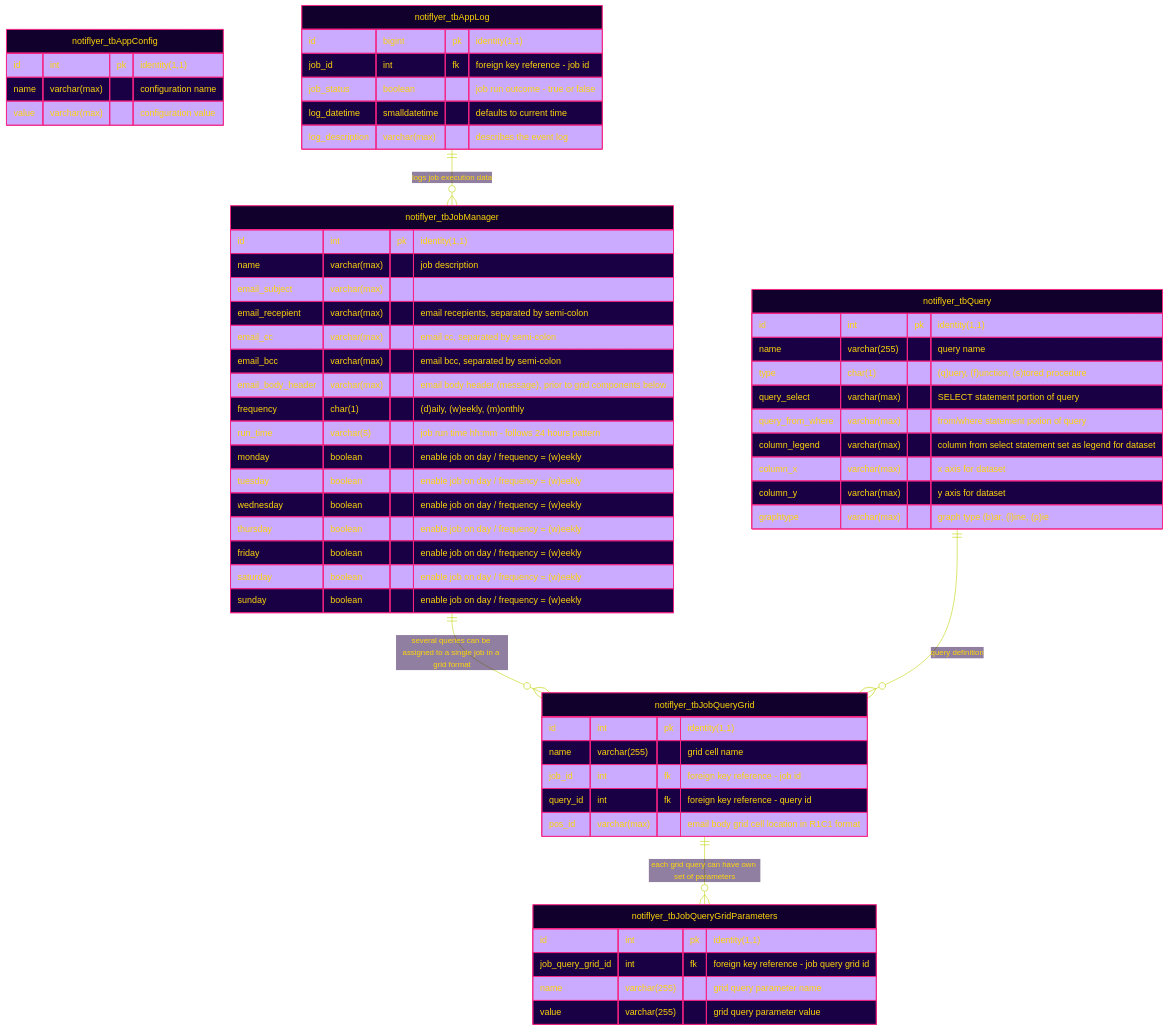
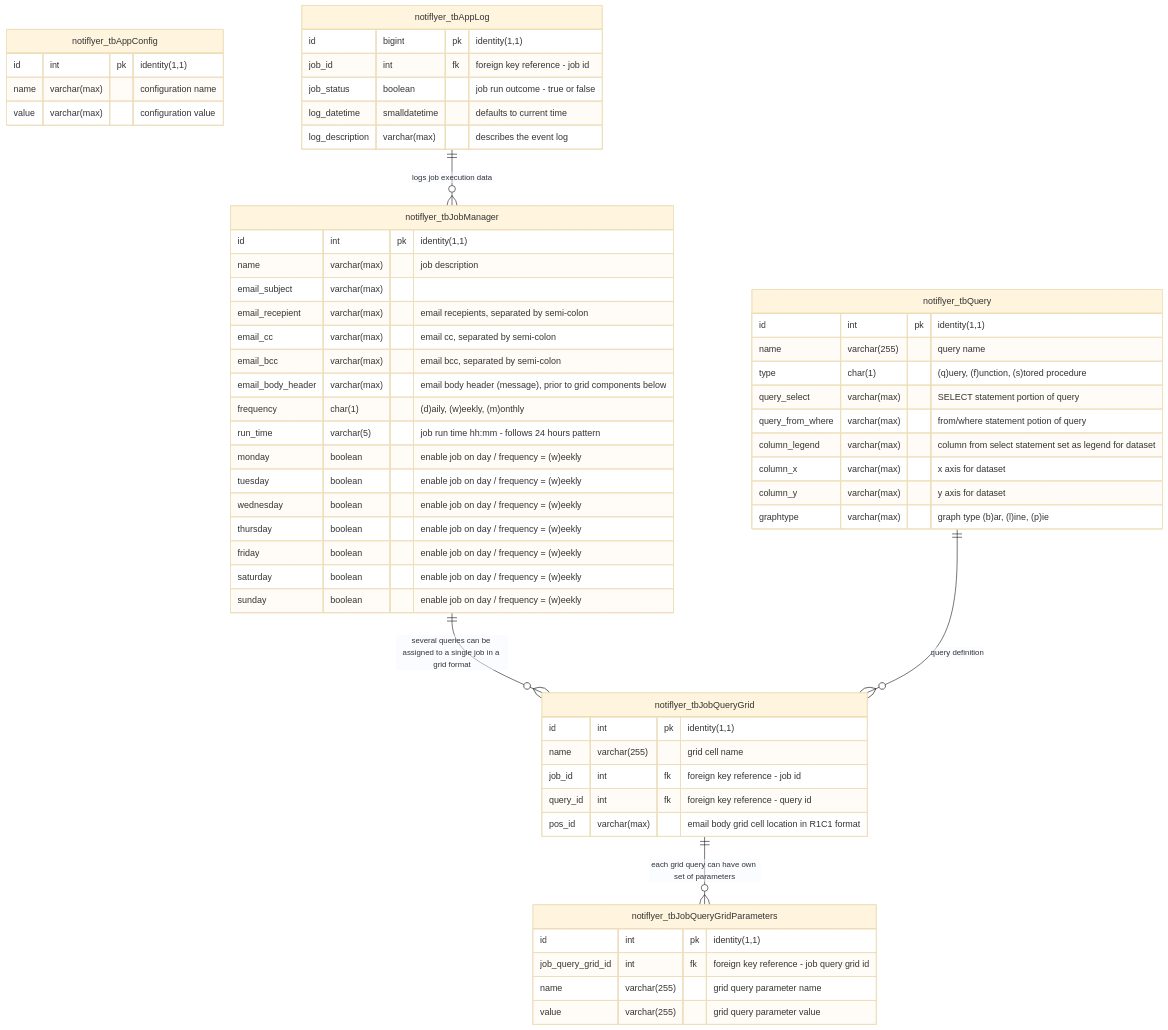
The diagram in docs/mssql/README.md (cleancoda/notiflyer), drawn with Mermaid before and after one commit. The commit also changed other lines of this file, not shown here.

Commit message:
updated er diagram colors

```diff
--- a/docs/mssql/README.md
+++ b/docs/mssql/README.md
@@ -30,20 +32,7 @@
     'theme': 'base',
     'themeVariables': {
 
-      'primaryColor': '#10002B',
-      'secondaryColor': '#3C096C',
-      'tertiaryColor': '#240046',
-
-      'primaryTextColor': '#ffd60a',
-      'secondaryTextColor': '#ffd60a',
-      'tertiaryTextColor': '#ffd60a',
-
-      'primaryBorderColor': '#f72585',
-      'secondaryBorderColor': '#f72585',
-      'tertiaryBorderColor': '#f72585',
-      'noteBorderColor': '#f72585',
-
-      'lineColor': '#bfd200'
+      
     }
   }
 }%%
```
